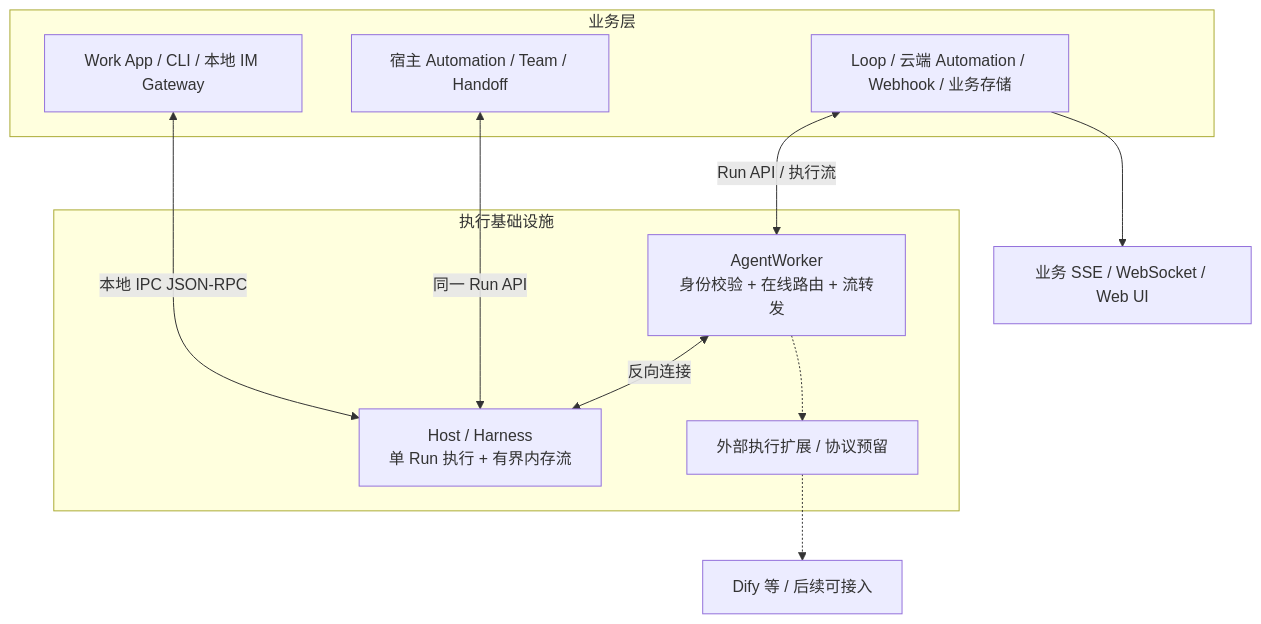
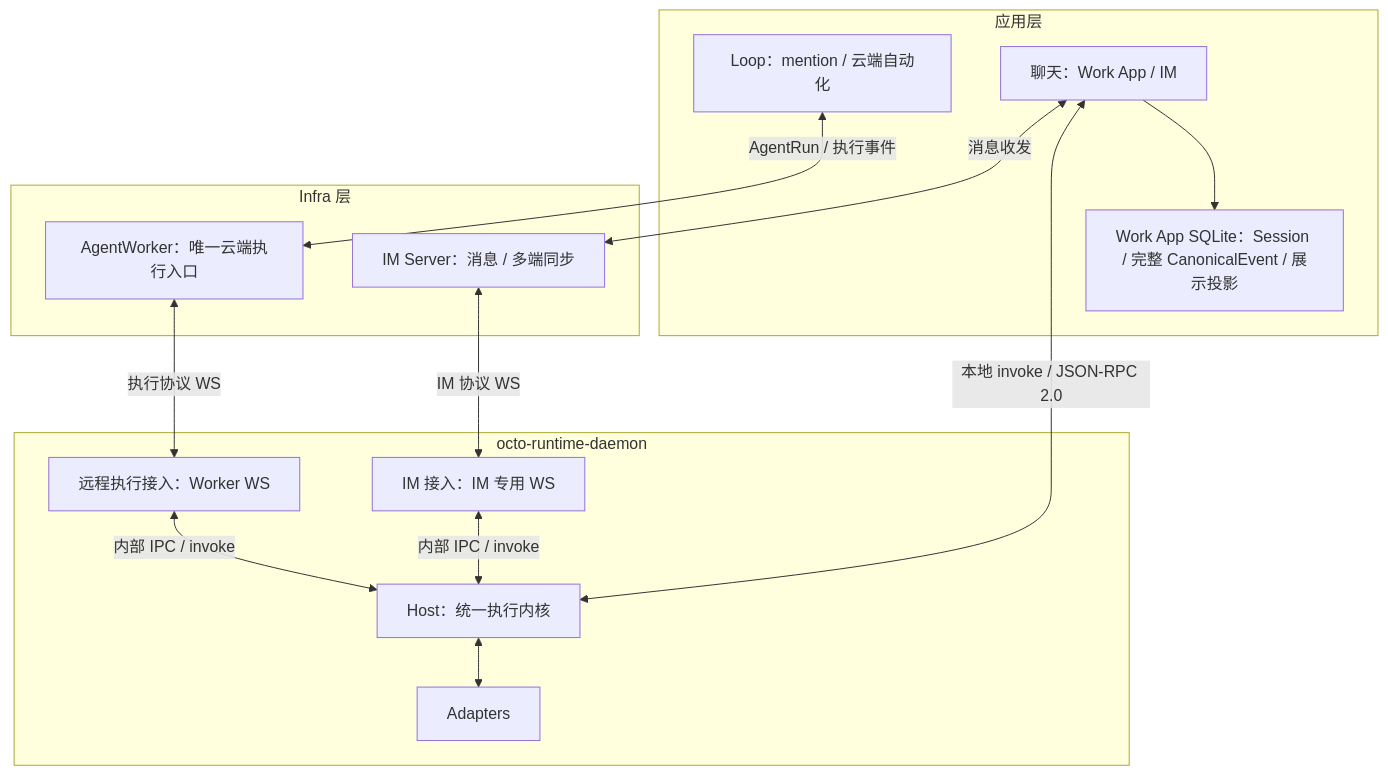
The diagram in docs/25-thin-infra-agentworker-plan.md (LarsonLian/octo-runtime), drawn with Mermaid before and after one commit. The commit also changed other lines of this file and 10 other files, not shown here.

````diff
--- a/docs/25-thin-infra-agentworker-plan.md
+++ b/docs/25-thin-infra-agentworker-plan.md
@@ -40,20 +11,27 @@
 ```mermaid
 flowchart TB
-  subgraph B[业务层]
-    APP[Work App / CLI / 本地 IM Gateway]
-    LOCAL[宿主 Automation / Team / Handoff]
-    LOOP[Loop / 云端 Automation / Webhook / 业务存储]
+  subgraph APP[应用层]
+    LOOP[Loop：mention / 云端自动化]
+    CHAT[聊天：Work App / IM]
+    DB[Work App SQLite：Session / 完整 CanonicalEvent / 展示投影]
   end
-  subgraph I[执行基础设施]
-    HOST[Host / Harness\n单 Run 执行 + 有界内存流]
-    WORKER[AgentWorker\n身份校验 + 在线路由 + 流转发]
-    DRIVER[外部执行扩展 / 协议预留]
+  subgraph INFRA[Infra 层]
+    AW[AgentWorker：唯一云端执行入口]
+    IM[IM Server：消息 / 多端同步]
   end
-  APP <-->|本地 IPC JSON-RPC| HOST
-  LOCAL <-->|同一 Run API| HOST
-  LOOP <-->|Run API / 执行流| WORKER
-  WORKER <-->|反向连接| HOST
-  WORKER -.-> DRIVER
-  DRIVER -.-> DIFY[Dify 等 / 后续可接入]
-  LOOP --> WEB[业务 SSE / WebSocket / Web UI]
+  subgraph DAEMON[octo-runtime-daemon]
+    A[远程执行接入：Worker WS]
+    B[IM 接入：IM 专用 WS]
+    H[Host：统一执行内核]
+    AD[Adapters]
+  end
+  LOOP <-->|AgentRun / 执行事件| AW
+  CHAT <-->|消息收发| IM
+  CHAT <-->|本地 invoke / JSON-RPC 2.0| H
+  CHAT --> DB
+  AW <-->|执行协议 WS| A
+  IM <-->|IM 协议 WS| B
+  A <-->|内部 IPC / invoke| H
+  B <-->|内部 IPC / invoke| H
+  H <--> AD
 ```
````
